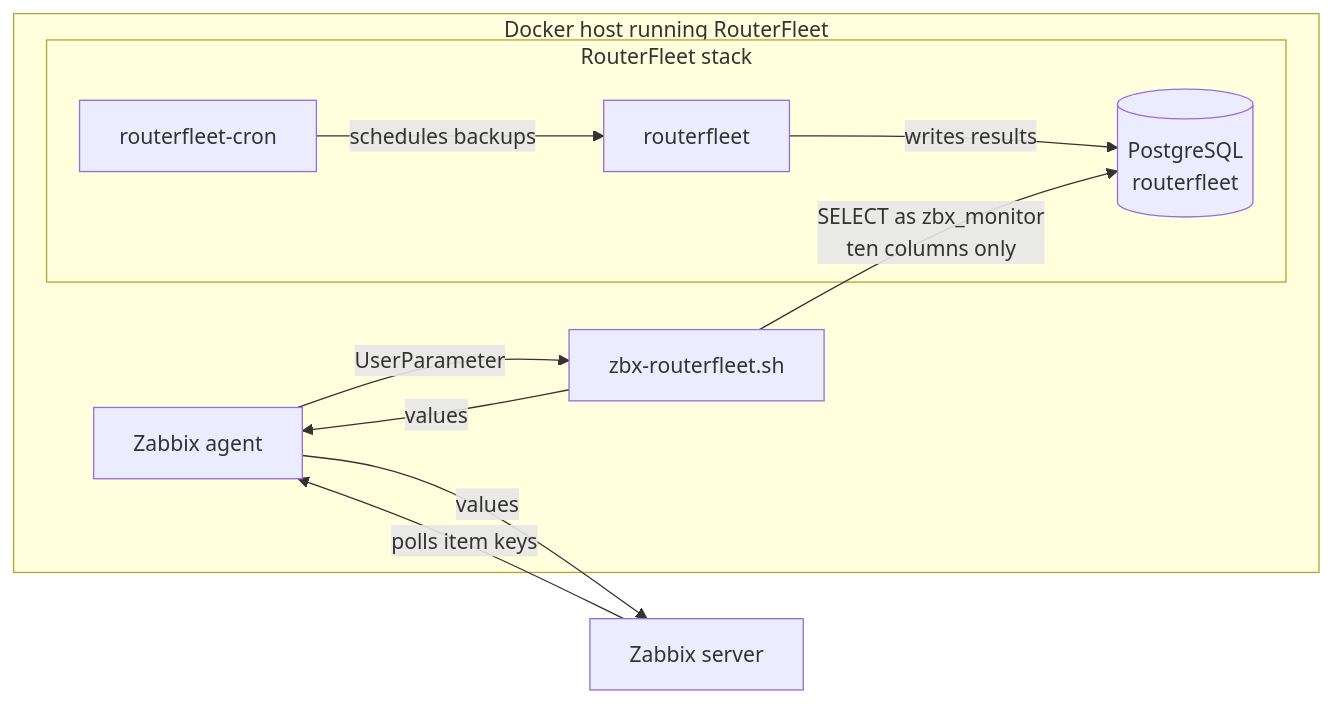
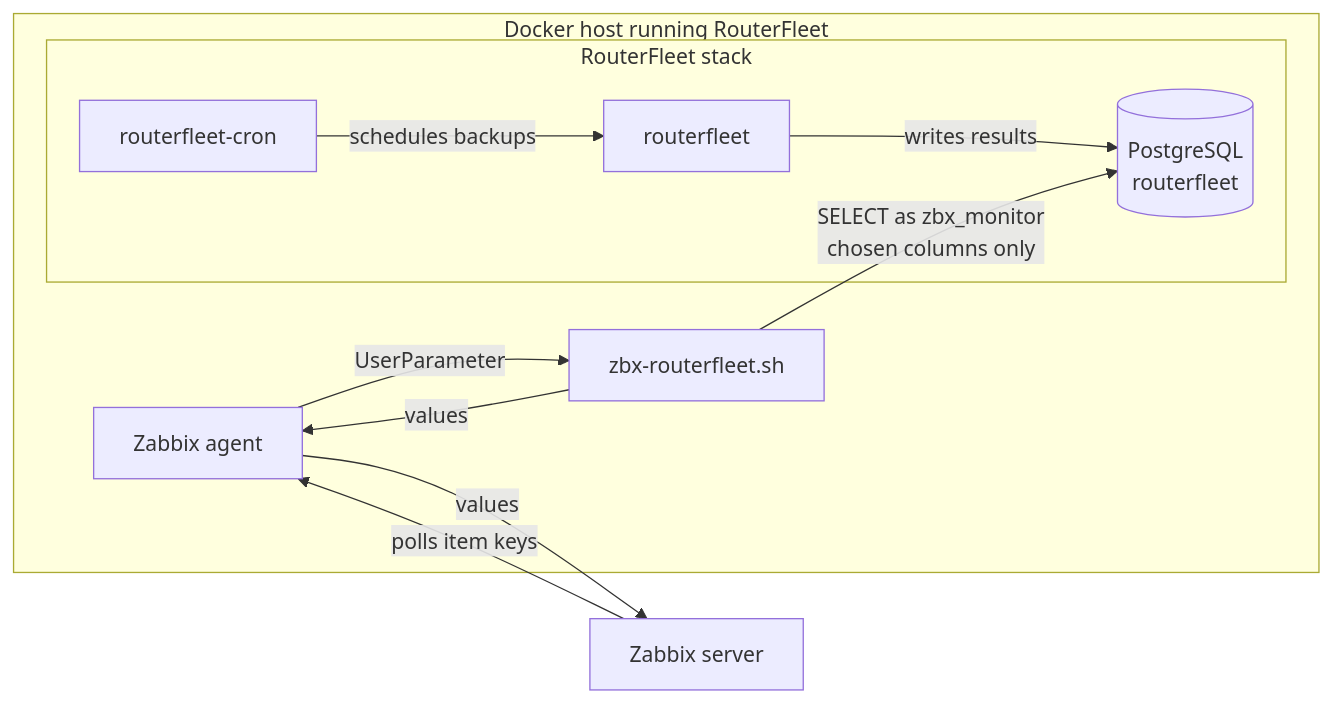
The diagram in contrib/zabbix/README.md (alessiobravi/routerfleet_improved), drawn with Mermaid before and after one commit. The commit also changed other lines of this file and 56 other files, not shown here.

````diff
--- a/contrib/zabbix/README.md
+++ b/contrib/zabbix/README.md
@@ -26,21 +41,21 @@
 ```mermaid
 flowchart LR
     subgraph host["Docker host running RouterFleet"]
         subgraph stack["RouterFleet stack"]
             APP[routerfleet]
             CRON[routerfleet-cron]
             DB[(PostgreSQL<br/>routerfleet)]
         end
         AGENT[Zabbix agent]
         SCRIPT[zbx-routerfleet.sh]
     end
     SERVER[Zabbix server]
 
     CRON -->|schedules backups| APP
     APP -->|writes results| DB
     SERVER -->|polls item keys| AGENT
     AGENT -->|UserParameter| SCRIPT
-    SCRIPT -->|SELECT as zbx_monitor<br/>ten columns only| DB
+    SCRIPT -->|SELECT as zbx_monitor<br/>chosen columns only| DB
     SCRIPT -->|values| AGENT
     AGENT -->|values| SERVER
 ```
````
